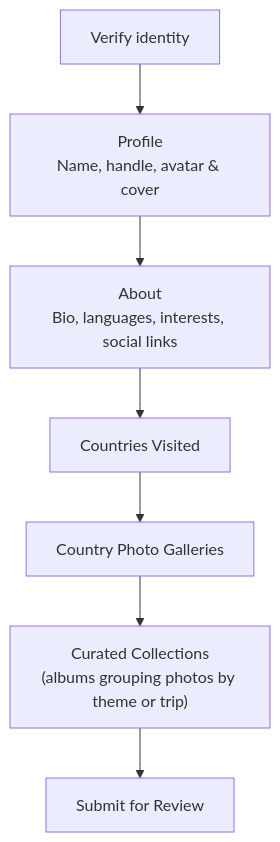
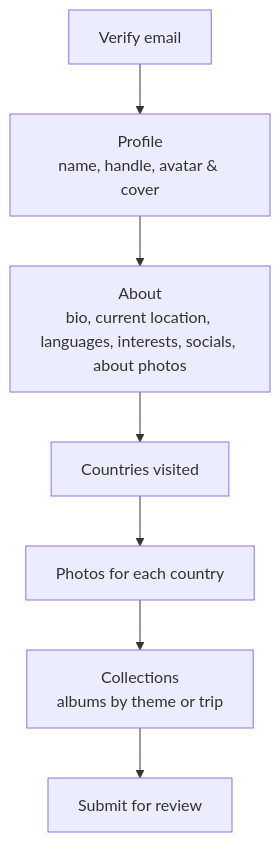
Before and after one commit to ss-travingat/devportal: the third of 4 diagrams in src/docs/Get-Featured.md, drawn with Mermaid. The commit also changed other lines of this file and 7 other files, not shown here.

````diff
--- a/src/docs/Get-Featured.md
+++ b/src/docs/Get-Featured.md
@@ -54,9 +64,9 @@
 ```mermaid
 flowchart TD
-    Verify["Verify identity"] --> Profile["Profile\nName, handle, avatar & cover"]
-    Profile --> About["About\nBio, languages, interests, social links"]
-    About --> Countries["Countries Visited"]
-    Countries --> Photos["Country Photo Galleries"]
-    Photos --> Collections["Curated Collections\n(albums grouping photos by theme or trip)"]
-    Collections --> Submit["Submit for Review"]
+    V["Verify email"] --> P["Profile\nname, handle, avatar & cover"]
+    P --> A["About\nbio, current location, languages, interests, socials, about photos"]
+    A --> C["Countries visited"]
+    C --> Ph["Photos for each country"]
+    Ph --> Co["Collections\nalbums by theme or trip"]
+    Co --> S["Submit for review"]
 ```
````
